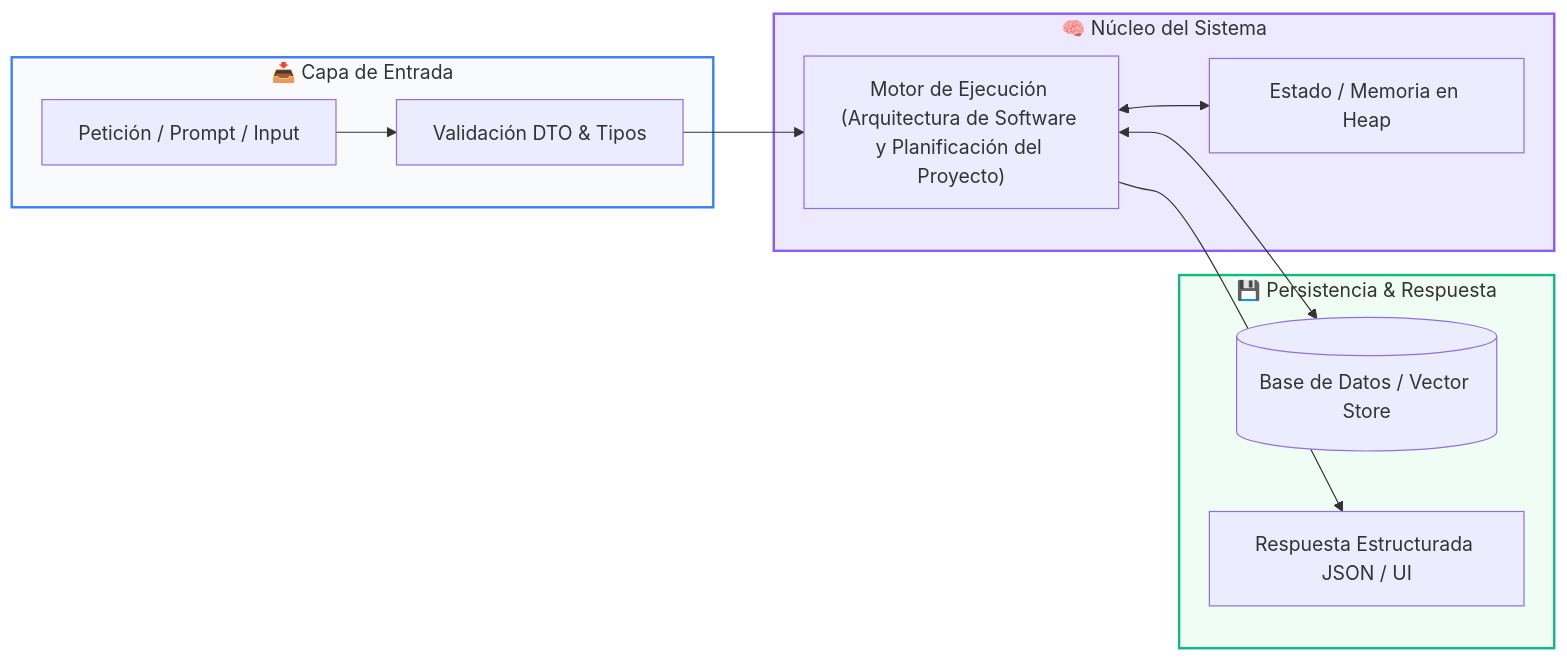
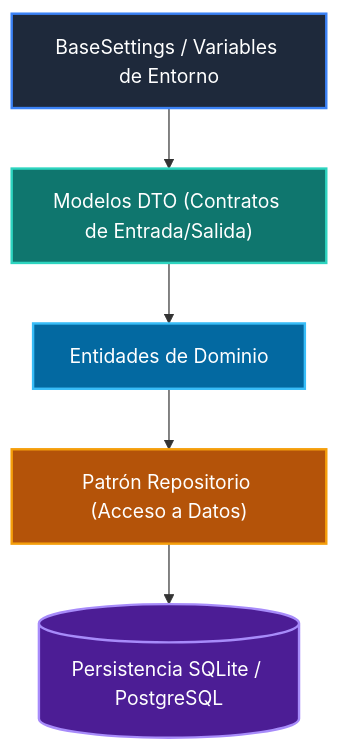
Before and after one commit to wisrovi/wisrovi-python: the diagram in 04-proyecto-final/clase-01-arquitectura-y-planificacion/README.md, drawn with Mermaid. The commit also changed other lines of this file and 271 other files, not shown here.

Commit message:
docs: rewrite all README.md files with bespoke topic-specific Mermaid diagrams and remove repetitive boilerplate

````diff
--- a/04-proyecto-final/clase-01-arquitectura-y-planificacion/README.md
+++ b/04-proyecto-final/clase-01-arquitectura-y-planificacion/README.md
@@ -35,27 +12,13 @@
 ```mermaid
-flowchart LR
-    subgraph Entrada["📥 Capa de Entrada"]
-        REQ["Petición / Prompt / Input"]
-        VAL["Validación DTO & Tipos"]
-    end
+flowchart TD
+    CONF["BaseSettings / Variables de Entorno"] --> DTO["Modelos DTO (Contratos de Entrada/Salida)"]
+    DTO --> DOM["Entidades de Dominio"]
+    DOM --> REPO["Patrón Repositorio (Acceso a Datos)"]
+    REPO --> DB[("Persistencia SQLite / PostgreSQL")]
 
-    subgraph Core["🧠 Núcleo del Sistema"]
-        ENG["Motor de Ejecución (Arquitectura de Software y Planificación del Proyecto)"]
-        MEM["Estado / Memoria en Heap"]
-    end
-
-    subgraph Salida["💾 Persistencia & Respuesta"]
-        DB[("Base de Datos / Vector Store")]
-        RES["Respuesta Estructurada JSON / UI"]
-    end
-
-    REQ --> VAL
-    VAL --> ENG
-    ENG <--> MEM
-    ENG <--> DB
-    ENG --> RES
-
-    style Entrada fill:#f8fafc,stroke:#3b82f6,stroke-width:2px
-    style Core fill:#ede9fe,stroke:#8b5cf6,stroke-width:2px
-    style Salida fill:#f0fdf4,stroke:#10b981,stroke-width:2px
+    style CONF fill:#1e293b,color:#fff,stroke:#3b82f6,stroke-width:2px
+    style DTO fill:#0f766e,color:#fff,stroke:#2dd4bf,stroke-width:2px
+    style DOM fill:#0369a1,color:#fff,stroke:#38bdf8,stroke-width:2px
+    style REPO fill:#b45309,color:#fff,stroke:#f59e0b,stroke-width:2px
+    style DB fill:#4c1d95,color:#fff,stroke:#a78bfa,stroke-width:2px
 ```
````
